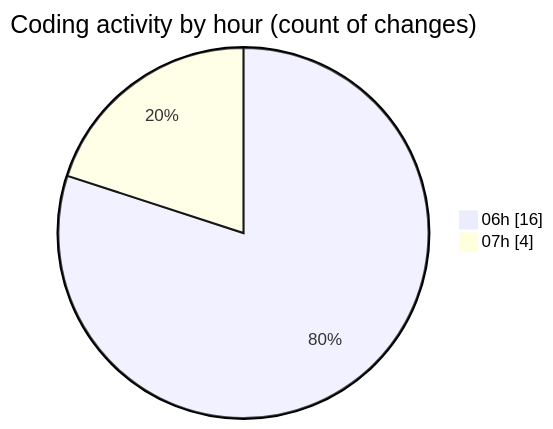
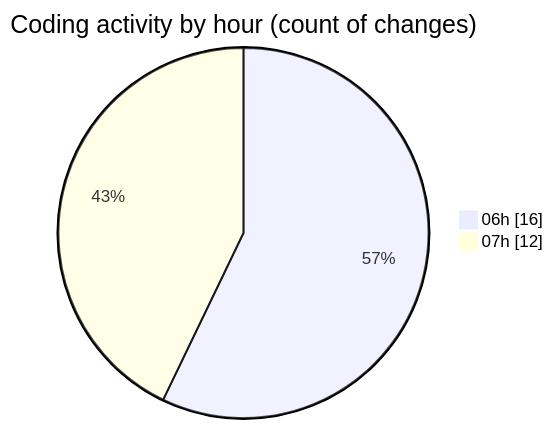
The second of 2 diagrams in 2025-02-21/termonied_testador/README.md (robertbonfada/code-tracking), drawn with Mermaid before and after one commit. The commit also changed other lines of this file and 1 other file, not shown here.

````diff
--- a/2025-02-21/termonied_testador/README.md
+++ b/2025-02-21/termonied_testador/README.md
@@ -35,6 +35,6 @@
 ```mermaid
 pie showData
 title Coding activity by hour (count of changes)
 "06h" : 16
-"07h" : 4
+"07h" : 12
 ```
````
